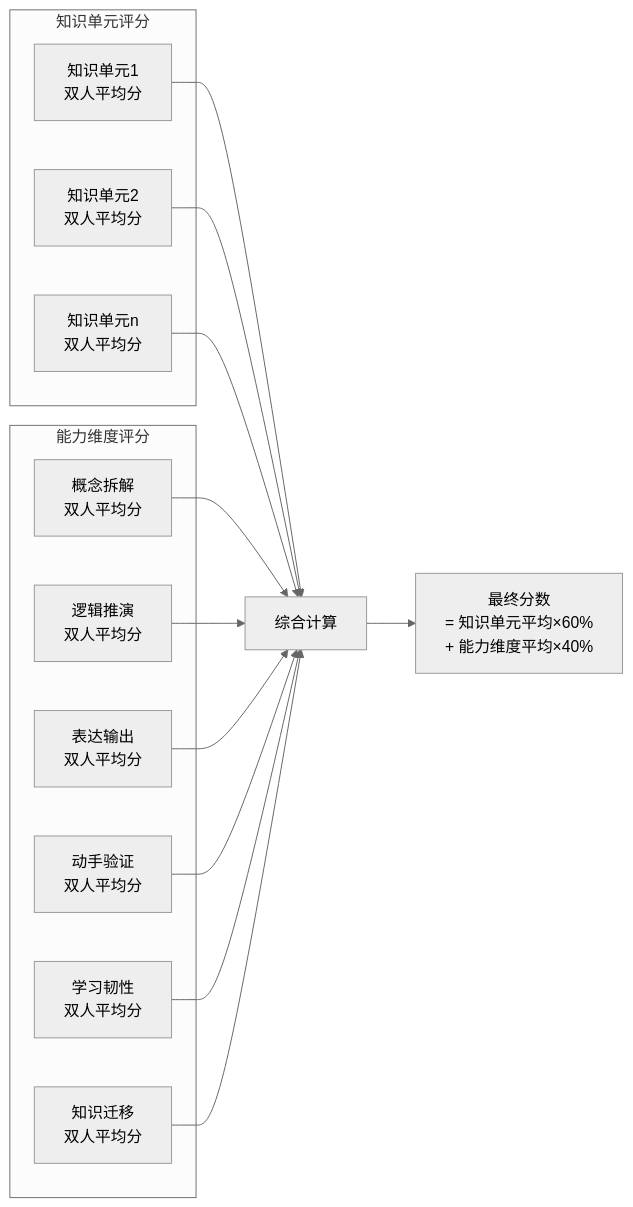
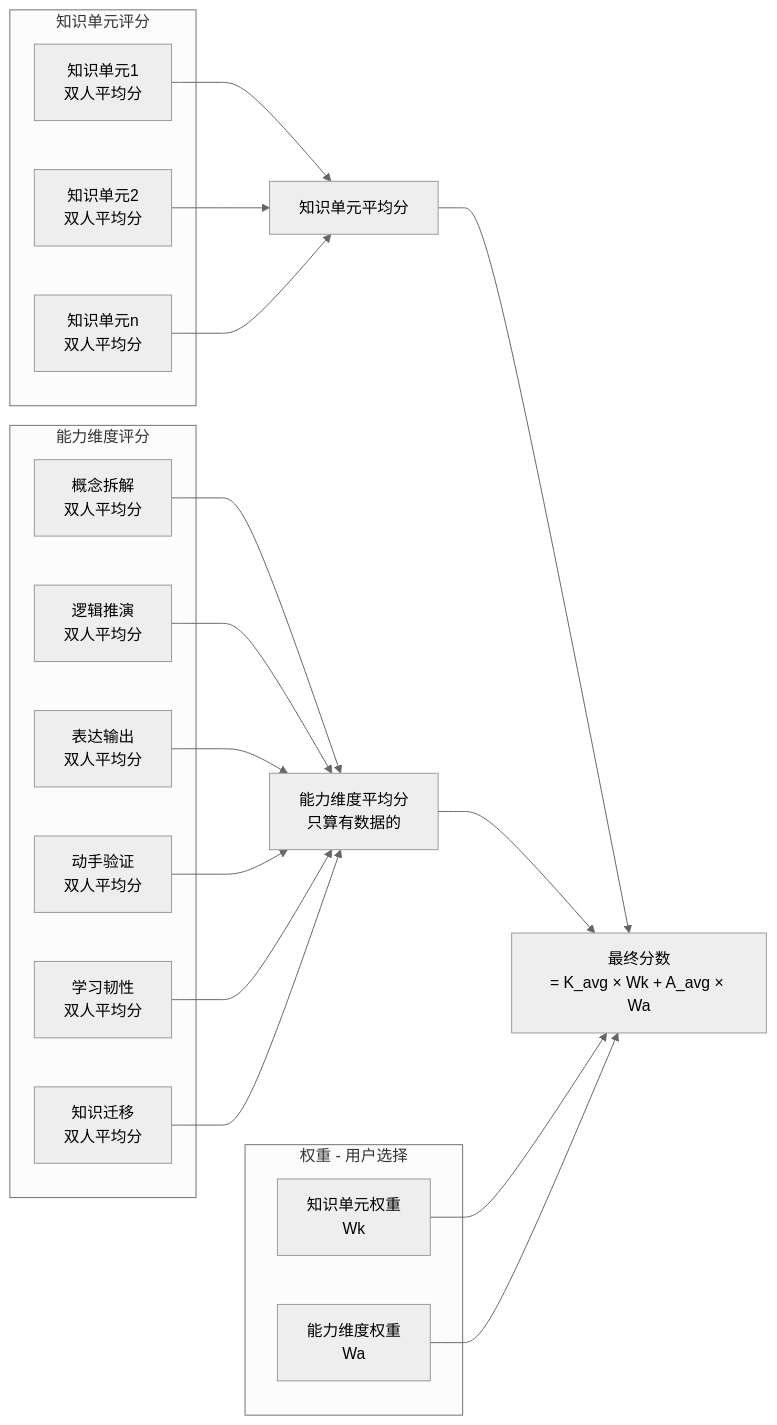
One commit to xuyunxuyun/SuperTeam changed the seventh of 9 diagrams in plugins/plugins_云开天自明.md. Above: the diagram before and after it, drawn with Mermaid (neutral theme). The commit also changed other lines of this file and 5 other files, not shown here.

````diff
--- a/plugins/plugins_云开天自明.md
+++ b/plugins/plugins_云开天自明.md
@@ -229,29 +305,38 @@
 ```mermaid
 flowchart LR
     subgraph Knowledge[知识单元评分]
         K1[知识单元1<br/>双人平均分]
         K2[知识单元2<br/>双人平均分]
         K3[知识单元n<br/>双人平均分]
     end
     
     subgraph Ability[能力维度评分]
         A1[概念拆解<br/>双人平均分]
         A2[逻辑推演<br/>双人平均分]
         A3[表达输出<br/>双人平均分]
         A4[动手验证<br/>双人平均分]
         A5[学习韧性<br/>双人平均分]
         A6[知识迁移<br/>双人平均分]
     end
     
-    K1 --> Calc[综合计算]
-    K2 --> Calc
-    K3 --> Calc
-    A1 --> Calc
-    A2 --> Calc
-    A3 --> Calc
-    A4 --> Calc
-    A5 --> Calc
-    A6 --> Calc
+    subgraph Weight[权重 - 用户选择]
+        KW[知识单元权重<br/>Wk]
+        AW[能力维度权重<br/>Wa]
+    end
     
-    Calc --> Result[最终分数<br/>= 知识单元平均×60%<br/>+ 能力维度平均×40%]
+    K1 --> K_avg[知识单元平均分]
+    K2 --> K_avg
+    K3 --> K_avg
+    
+    A1 --> A_avg[能力维度平均分<br/>只算有数据的]
+    A2 --> A_avg
+    A3 --> A_avg
+    A4 --> A_avg
+    A5 --> A_avg
+    A6 --> A_avg
+    
+    K_avg --> Final[最终分数<br/>= K_avg × Wk + A_avg × Wa]
+    A_avg --> Final
+    KW --> Final
+    AW --> Final
 ```
````
